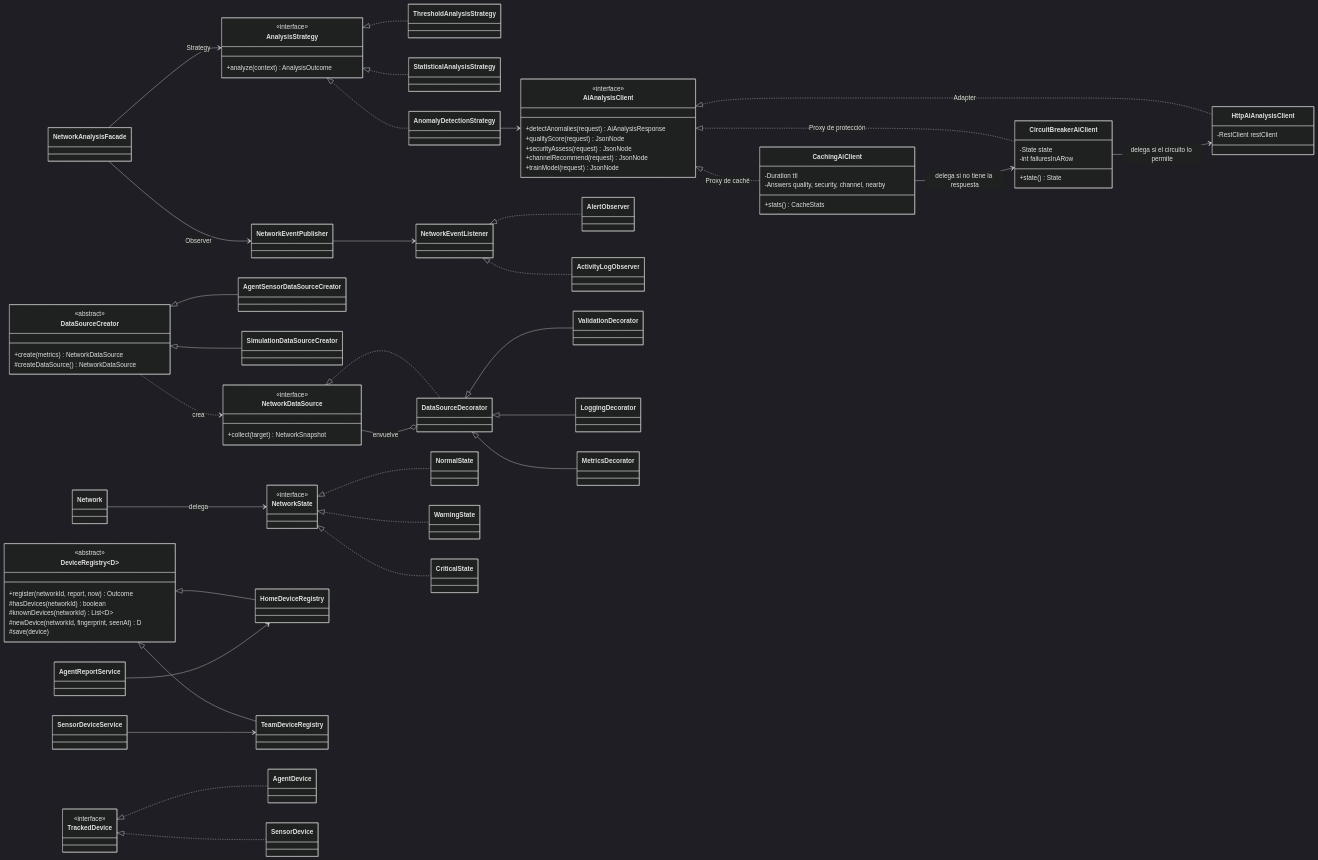
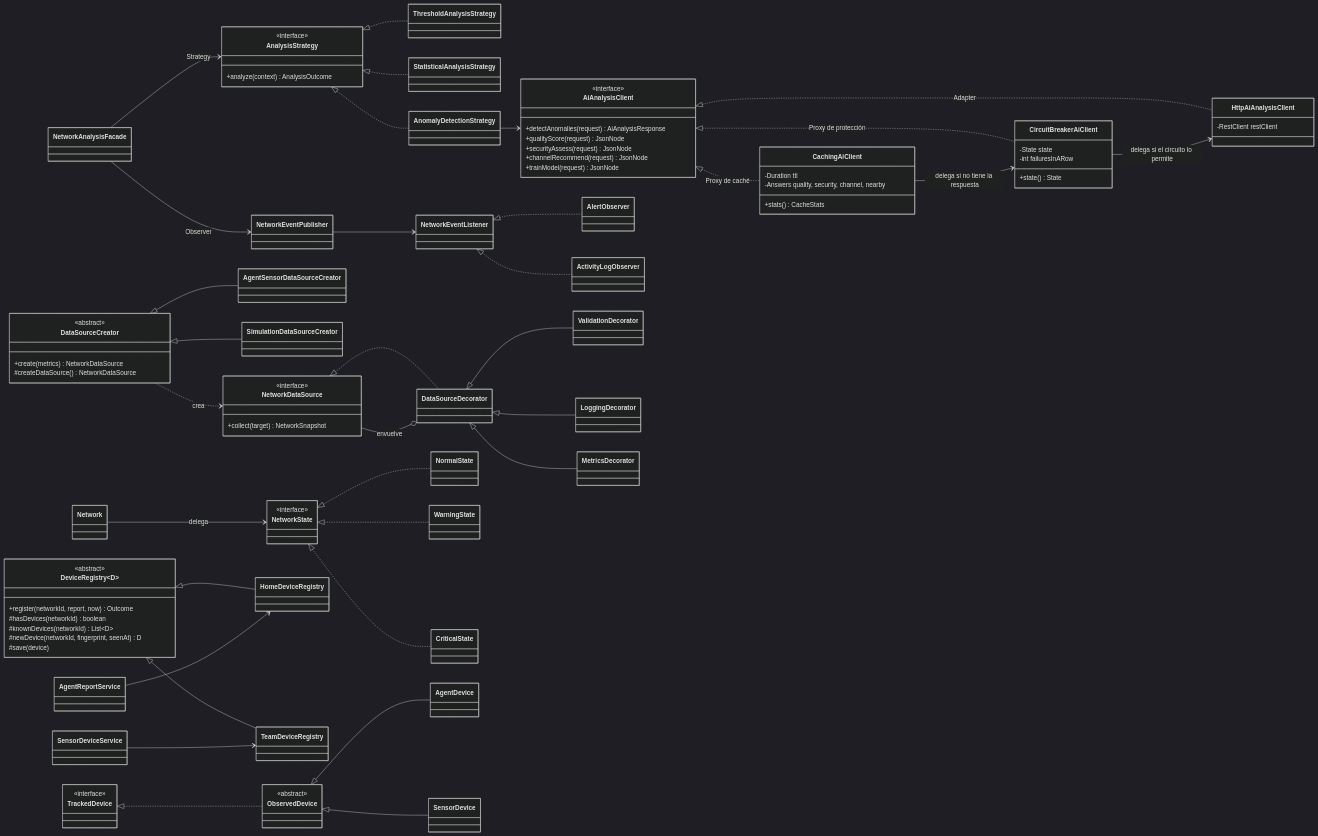
Before and after one commit to Chindoy12/Patrones_WiFi_Backend: the diagram in PATTERNS.md, drawn with Mermaid (dark theme). The commit also changed other lines of this file and 1 other file, not shown here.

Commit message:
docs: herencia sin clases repetidas, polimorfismo y 600 pruebas

````diff
--- a/PATTERNS.md
+++ b/PATTERNS.md
@@ -120,8 +120,12 @@
     class TrackedDevice {
         <<interface>>
     }
-    TrackedDevice <|.. AgentDevice
-    TrackedDevice <|.. SensorDevice
+    class ObservedDevice {
+        <<abstract>>
+    }
+    TrackedDevice <|.. ObservedDevice
+    ObservedDevice <|-- AgentDevice
+    ObservedDevice <|-- SensorDevice
     AgentReportService --> HomeDeviceRegistry
     SensorDeviceService --> TeamDeviceRegistry
 ```
````
